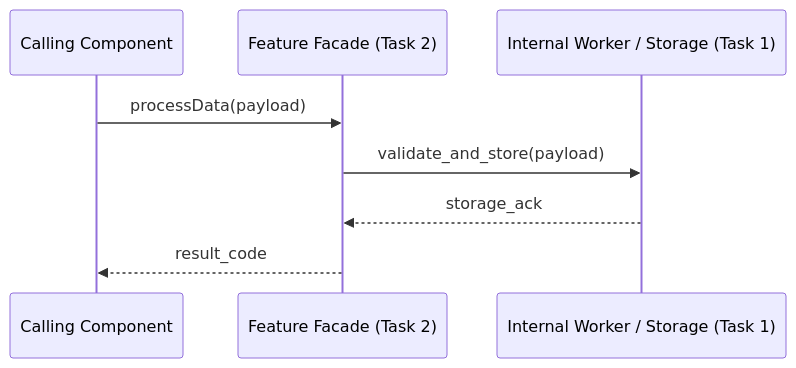
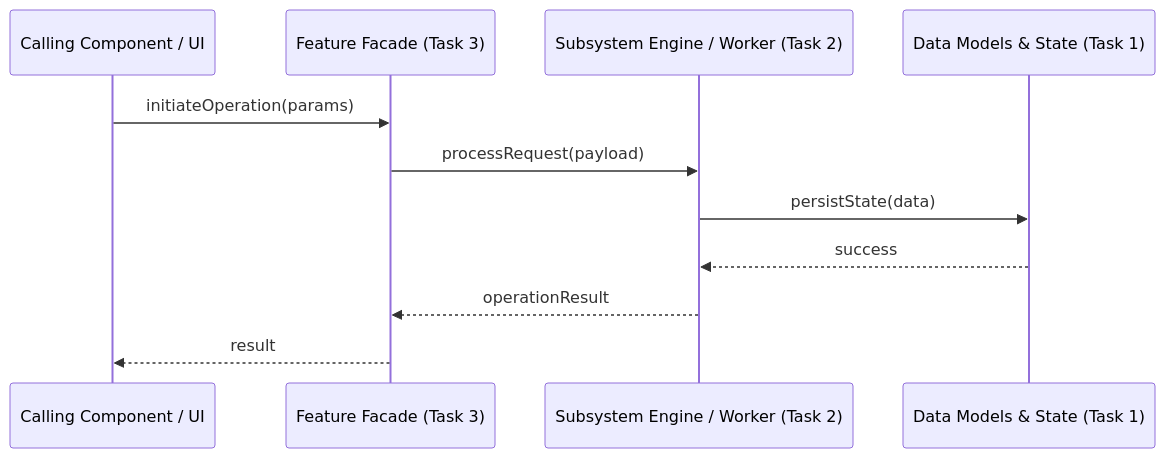
The diagram in skills/jb-task-planner/feature-spec-template.md (jackblitz/jb-skills), drawn with Mermaid before and after one commit. The commit also changed other lines of this file and 4 other files, not shown here.

````diff
--- a/skills/jb-task-planner/feature-spec-template.md
+++ b/skills/jb-task-planner/feature-spec-template.md
@@ -78,11 +41,14 @@
 ```mermaid
 sequenceDiagram
-    participant Caller as Calling Component
-    participant Facade as Feature Facade (Task 2)
-    participant Engine as Internal Worker / Storage (Task 1)
+    participant Caller as Calling Component / UI
+    participant Facade as Feature Facade (Task 3)
+    participant Engine as Subsystem Engine / Worker (Task 2)
+    participant Storage as Data Models & State (Task 1)
 
-    Caller->>Facade: processData(payload)
-    Facade->>Engine: validate_and_store(payload)
-    Engine-->>Facade: storage_ack
-    Facade-->>Caller: result_code
+    Caller->>Facade: initiateOperation(params)
+    Facade->>Engine: processRequest(payload)
+    Engine->>Storage: persistState(data)
+    Storage-->>Engine: success
+    Engine-->>Facade: operationResult
+    Facade-->>Caller: result
 ```
````
